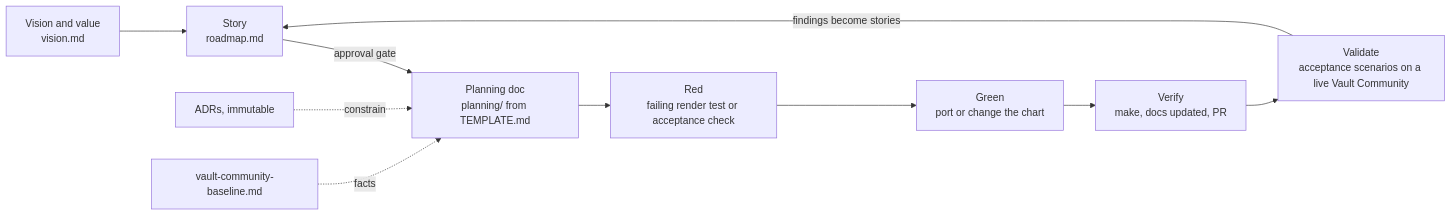
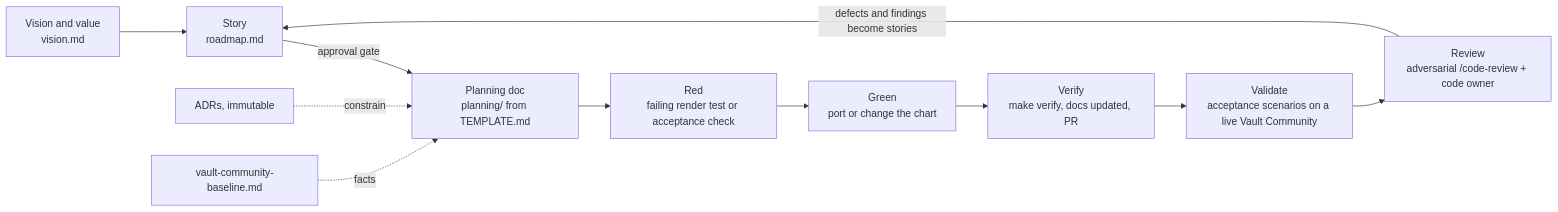
Before and after one commit to stakater/mto-extension-vault-community: the diagram in docs/method.md, drawn with Mermaid. The commit also changed other lines of this file and 9 other files, not shown here.

First line of the commit message:
Enforce the method: make verify, CI gate, CODEOWNERS

````diff
--- a/docs/method.md
+++ b/docs/method.md
@@ -10,12 +14,13 @@
 ```mermaid
 flowchart LR
   V[Vision and value<br/>vision.md] --> S[Story<br/>roadmap.md]
   S -->|approval gate| P[Planning doc<br/>planning/ from TEMPLATE.md]
   P --> R[Red<br/>failing render test or acceptance check]
   R --> G[Green<br/>port or change the chart]
-  G --> VER[Verify<br/>make, docs updated, PR]
+  G --> VER[Verify<br/>make verify, docs updated, PR]
   VER --> VAL[Validate<br/>acceptance scenarios on a live Vault Community]
-  VAL -->|findings become stories| S
+  VAL --> REV[Review<br/>adversarial /code-review + code owner]
+  REV -->|defects and findings become stories| S
   ADR[ADRs, immutable] -.->|constrain| P
   KB[vault-community-baseline.md] -.->|facts| P
 ```
````
